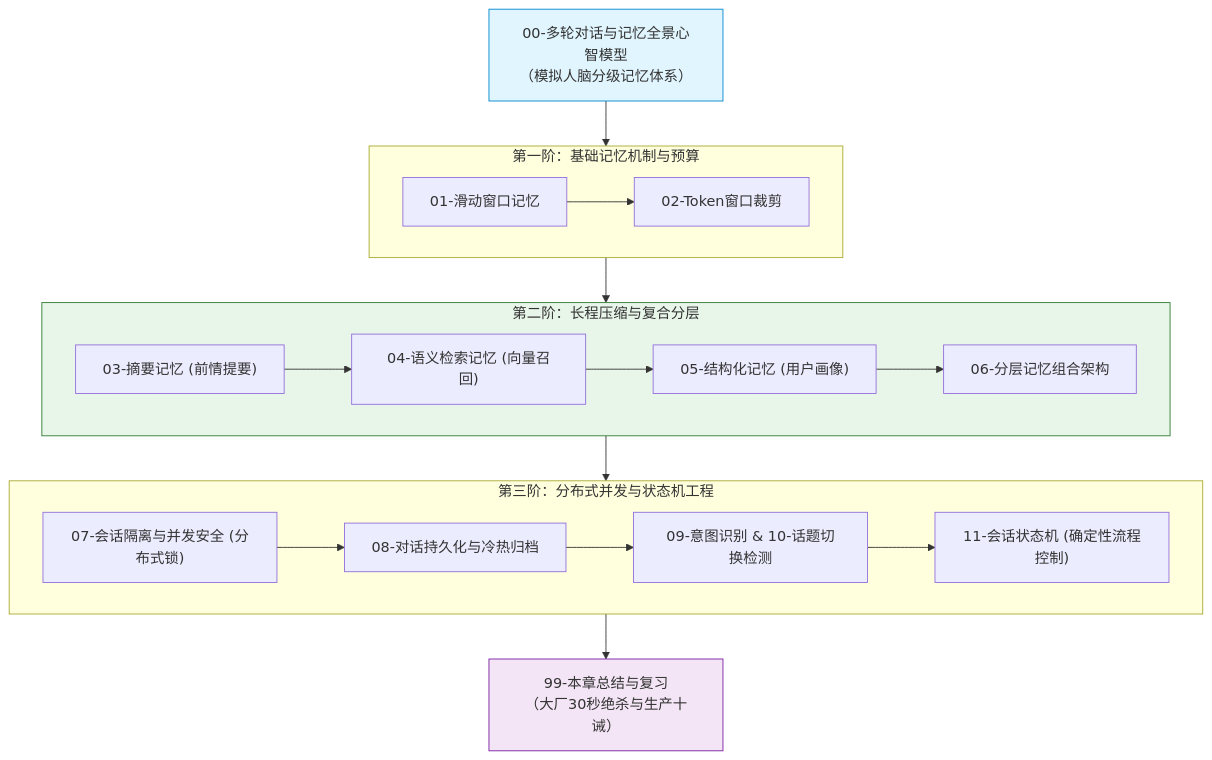
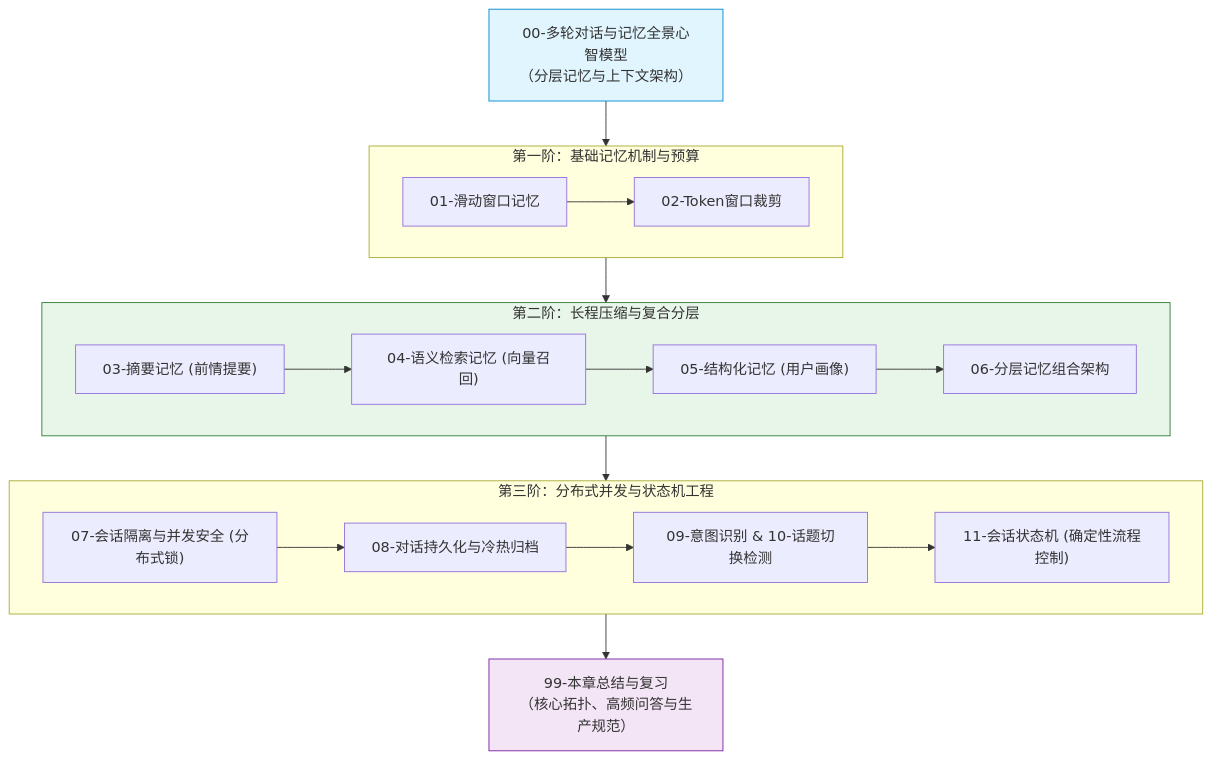
Before and after one commit to GuoWWWX/knowledge-base: the diagram in 10-AI应用开发/04-多轮对话与上下文工程/_index.md, drawn with Mermaid. The commit also changed other lines of this file and 251 other files, not shown here.

````diff
--- a/10-AI应用开发/04-多轮对话与上下文工程/_index.md
+++ b/10-AI应用开发/04-多轮对话与上下文工程/_index.md
@@ -22,28 +22,28 @@
 ```mermaid
 flowchart TD
-    M0["00-多轮对话与记忆全景心智模型<br/>（模拟人脑分级记忆体系）"] --> S1
+    M0["00-多轮对话与记忆全景心智模型<br/>（分层记忆与上下文架构）"] --> S1
 
     subgraph S1["第一阶：基础记忆机制与预算"]
         L1["01-滑动窗口记忆"] --> L2["02-Token窗口裁剪"]
     end
 
     subgraph S2["第二阶：长程压缩与复合分层"]
         L3["03-摘要记忆 (前情提要)"] --> L4["04-语义检索记忆 (向量召回)"]
         L4 --> L5["05-结构化记忆 (用户画像)"]
         L5 --> L6["06-分层记忆组合架构"]
     end
 
     subgraph S3["第三阶：分布式并发与状态机工程"]
         C1["07-会话隔离与并发安全 (分布式锁)"] --> C2["08-对话持久化与冷热归档"]
         C2 --> C3["09-意图识别 & 10-话题切换检测"]
         C3 --> C4["11-会话状态机 (确定性流程控制)"]
     end
 
     S1 --> S2
     S2 --> S3
-    S3 --> FIN["99-本章总结与复习<br/>（大厂30秒绝杀与生产十诫）"]
+    S3 --> FIN["99-本章总结与复习<br/>（核心拓扑、高频问答与生产规范）"]
 
     style M0 fill:#e1f5fe,stroke:#0288d1,stroke-width:1px
     style S2 fill:#e8f5e9,stroke:#2e7d32,stroke-width:1px
     style FIN fill:#f3e5f5,stroke:#7b1fa2,stroke-width:1px
 ```
````
